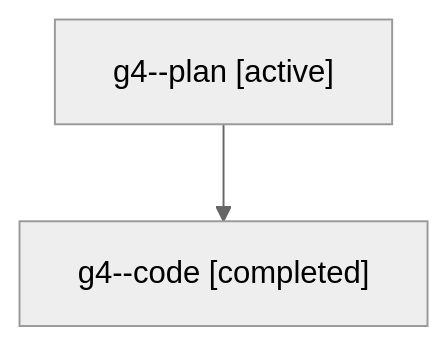
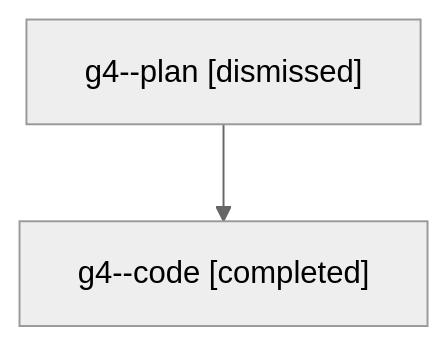
One commit to sase-org/sase--agents changed the diagram in sessions/bbugyi200.athena.g4.md. Above: the diagram before and after it, drawn with Mermaid (neutral theme). The commit also changed other lines of this file and 30 other files, not shown here.

````diff
--- a/sessions/bbugyi200.athena.g4.md
+++ b/sessions/bbugyi200.athena.g4.md
@@ -9,6 +9,6 @@
 ```mermaid
 flowchart TD
-  n0["g4--plan [active]"]
+  n0["g4--plan [dismissed]"]
   n1["g4--code [completed]"]
   n0 --> n1
 ```
````
